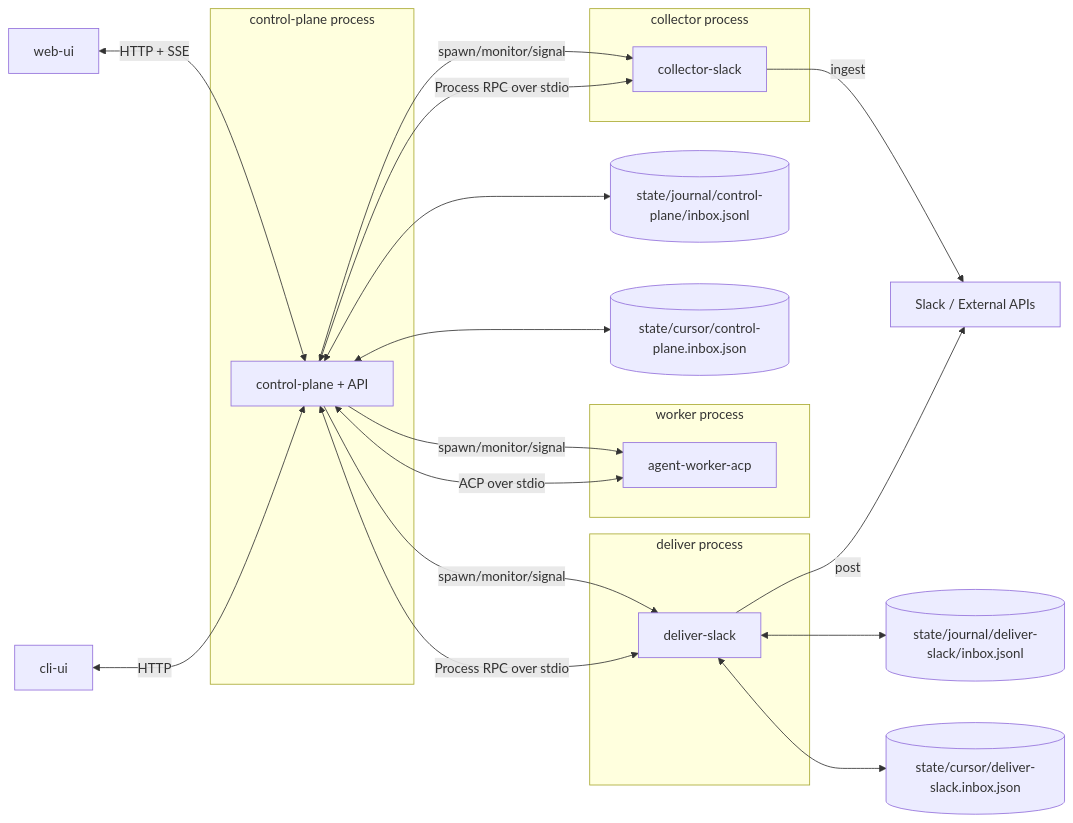
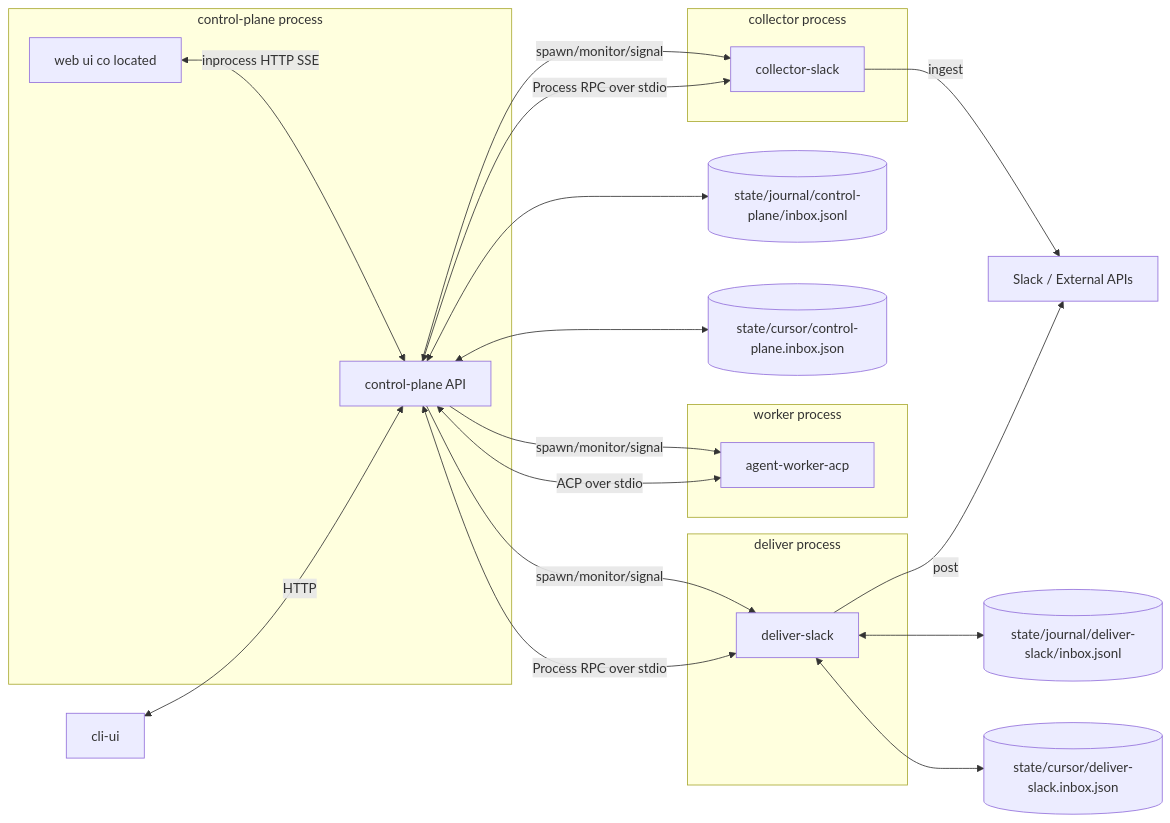
One commit to masahide/adjutant changed the second of 3 diagrams in doc/spec.md. Above: the diagram before and after it, drawn with Mermaid. The commit also changed other lines of this file and 5 other files, not shown here.

````diff
--- a/doc/spec.md
+++ b/doc/spec.md
@@ -522,44 +532,44 @@
 ```mermaid
 flowchart LR
   subgraph CPG[control-plane process]
-    CP[control-plane + API]
+    CP[control-plane API]
+    WEB[web ui co located]
   end
 
   subgraph COL[collector process]
     C[collector-slack]
   end
 
   subgraph WRK[worker process]
     AW[agent-worker-acp]
   end
 
   subgraph DLV[deliver process]
     D[deliver-slack]
   end
 
-  WEB[web-ui]
   CLI[cli-ui]
   CPJ[(state/journal/control-plane/inbox.jsonl)]
   DJ[(state/journal/deliver-slack/inbox.jsonl)]
   CPCUR[(state/cursor/control-plane.inbox.json)]
   DCUR[(state/cursor/deliver-slack.inbox.json)]
   SVC[Slack / External APIs]
 
   CP -->|spawn/monitor/signal| C
   CP -->|spawn/monitor/signal| AW
   CP -->|spawn/monitor/signal| D
 
   CP <-- ACP over stdio --> AW
   C <-- Process RPC over stdio --> CP
   D <-- Process RPC over stdio --> CP
-  WEB <-- HTTP + SSE --> CP
+  WEB <-- inprocess HTTP SSE --> CP
   CLI <-- HTTP --> CP
 
   CP <--> CPJ
   D <--> DJ
   CP <--> CPCUR
   D <--> DCUR
 
   C -->|ingest| SVC
   D -->|post| SVC
 ```
````
